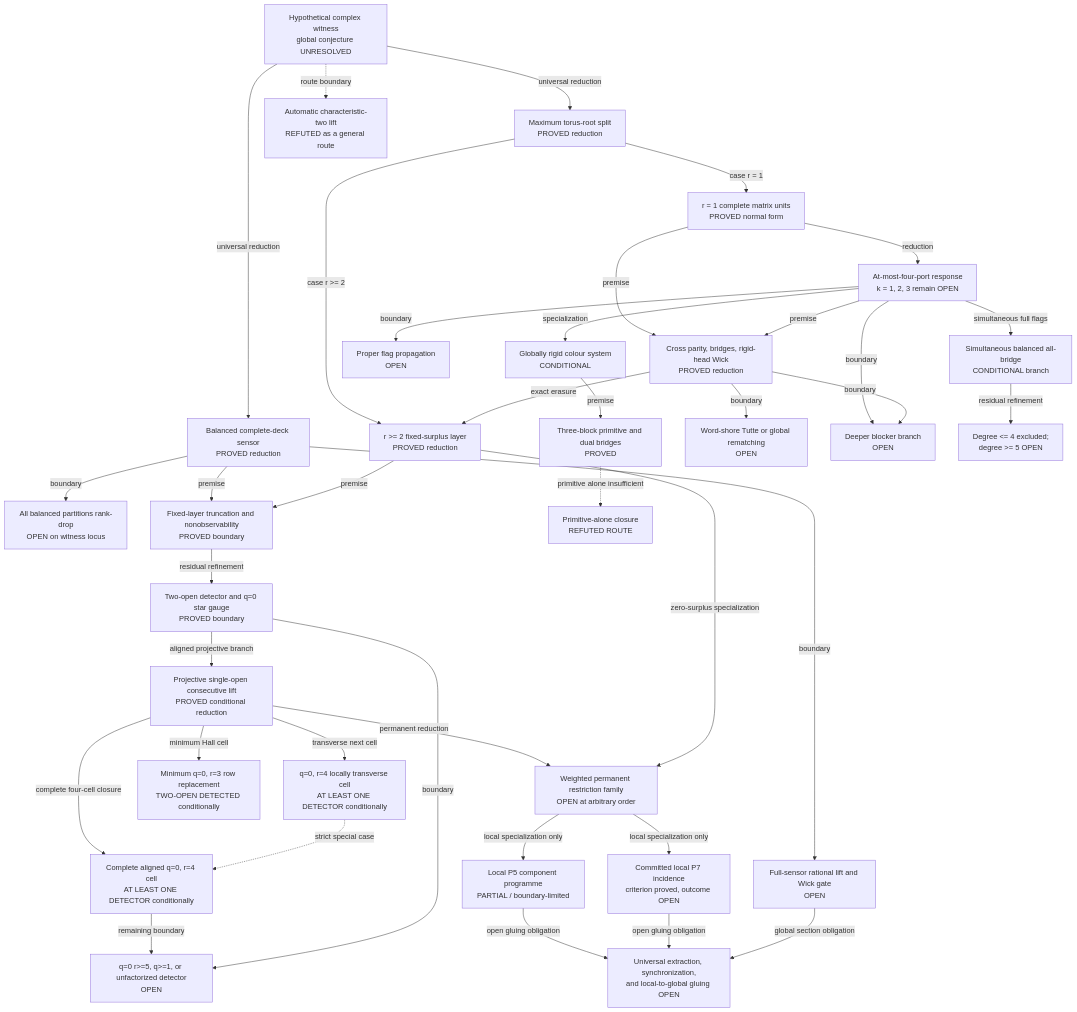
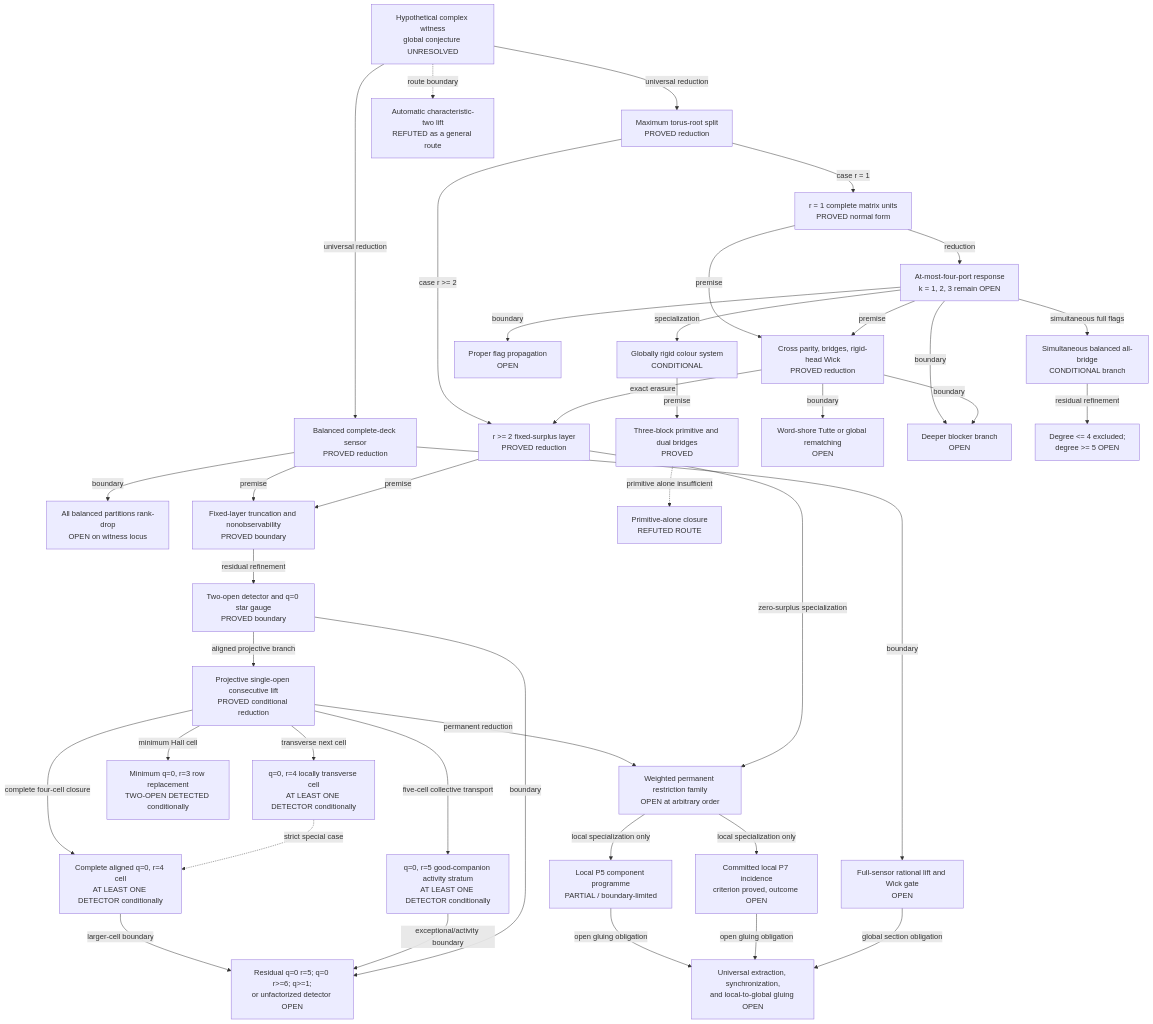
Before and after one commit to YesterdaysLemon/krenn-gu-research: the diagram in docs/current-frontier.md, drawn with Mermaid. The commit also changed other lines of this file and 6 other files, not shown here.

Commit message:
Prove five-cell collective detector (#88)

````diff
--- a/docs/current-frontier.md
+++ b/docs/current-frontier.md
@@ -43,78 +43,81 @@
 ```mermaid
 flowchart TD
   G0["Hypothetical complex witness<br/>global conjecture UNRESOLVED"]
 
   S1["Balanced complete-deck sensor<br/>PROVED reduction"]
   S2["Full-sensor rational lift and Wick gate<br/>OPEN"]
   S3["All balanced partitions rank-drop<br/>OPEN on witness locus"]
 
   M1["Maximum torus-root split<br/>PROVED reduction"]
   M2["r >= 2 fixed-surplus layer<br/>PROVED reduction"]
   PR["Weighted permanent restriction family<br/>OPEN at arbitrary order"]
   O1["Fixed-layer truncation and nonobservability<br/>PROVED boundary"]
   O2["Two-open detector and q=0 star gauge<br/>PROVED boundary"]
   O2P["Projective single-open consecutive lift<br/>PROVED conditional reduction"]
   O2M["Minimum q=0, r=3 row replacement<br/>TWO-OPEN DETECTED conditionally"]
   O2T["q=0, r=4 locally transverse cell<br/>AT LEAST ONE DETECTOR conditionally"]
   O2F["Complete aligned q=0, r=4 cell<br/>AT LEAST ONE DETECTOR conditionally"]
-  O3["q=0 r>=5, q>=1, or unfactorized detector<br/>OPEN"]
+  O2V["q=0, r=5 good-companion activity stratum<br/>AT LEAST ONE DETECTOR conditionally"]
+  O3["Residual q=0 r=5; q=0 r>=6; q>=1;<br/>or unfactorized detector OPEN"]
 
   U1["r = 1 complete matrix units<br/>PROVED normal form"]
   U2["At-most-four-port response<br/>k = 1, 2, 3 remain OPEN"]
   U3["Globally rigid colour system<br/>CONDITIONAL"]
   U4["Three-block primitive and dual bridges<br/>PROVED"]
   U5["Primitive-alone closure<br/>REFUTED ROUTE"]
   U6["Cross parity, bridges, rigid-head Wick<br/>PROVED reduction"]
   U7["Word-shore Tutte or global rematching<br/>OPEN"]
   U8["Proper flag propagation<br/>OPEN"]
   D1["Deeper blocker branch<br/>OPEN"]
 
   A1["Simultaneous balanced all-bridge<br/>CONDITIONAL branch"]
   A2["Degree <= 4 excluded;<br/>degree >= 5 OPEN"]
 
   P5["Local P5 component programme<br/>PARTIAL / boundary-limited"]
   P7["Committed local P7 incidence<br/>criterion proved, outcome OPEN"]
   GL["Universal extraction, synchronization,<br/>and local-to-global gluing OPEN"]
   C2["Automatic characteristic-two lift<br/>REFUTED as a general route"]
 
   G0 -->|universal reduction| S1
   S1 -->|boundary| S2
   S1 -->|boundary| S3
 
   G0 -->|universal reduction| M1
   M1 -->|case r >= 2| M2
   M1 -->|case r = 1| U1
   S1 -->|premise| O1
   M2 -->|premise| O1
   O1 -->|residual refinement| O2
   O2 -->|aligned projective branch| O2P
   O2P -->|permanent reduction| PR
   O2P -->|minimum Hall cell| O2M
   O2P -->|transverse next cell| O2T
   O2P -->|complete four-cell closure| O2F
+  O2P -->|five-cell collective transport| O2V
   O2T -. strict special case .-> O2F
-  O2F -->|remaining boundary| O3
+  O2F -->|larger-cell boundary| O3
+  O2V -->|exceptional/activity boundary| O3
   O2 -->|boundary| O3
   M2 -->|zero-surplus specialization| PR
 
   U1 -->|reduction| U2
   U2 -->|specialization| U3
   U3 -->|premise| U4
   U4 -. primitive alone insufficient .-> U5
   U1 -->|premise| U6
   U2 -->|premise| U6
   U6 -->|exact erasure| M2
   U6 -->|boundary| U7
   U2 -->|boundary| U8
   U2 -->|boundary| D1
   U6 -->|boundary| D1
   U2 -->|simultaneous full flags| A1
   A1 -->|residual refinement| A2
 
   PR -->|local specialization only| P5
   PR -->|local specialization only| P7
   P5 -->|open gluing obligation| GL
   P7 -->|open gluing obligation| GL
   S2 -->|global section obligation| GL
   G0 -. route boundary .-> C2
 ```
````
